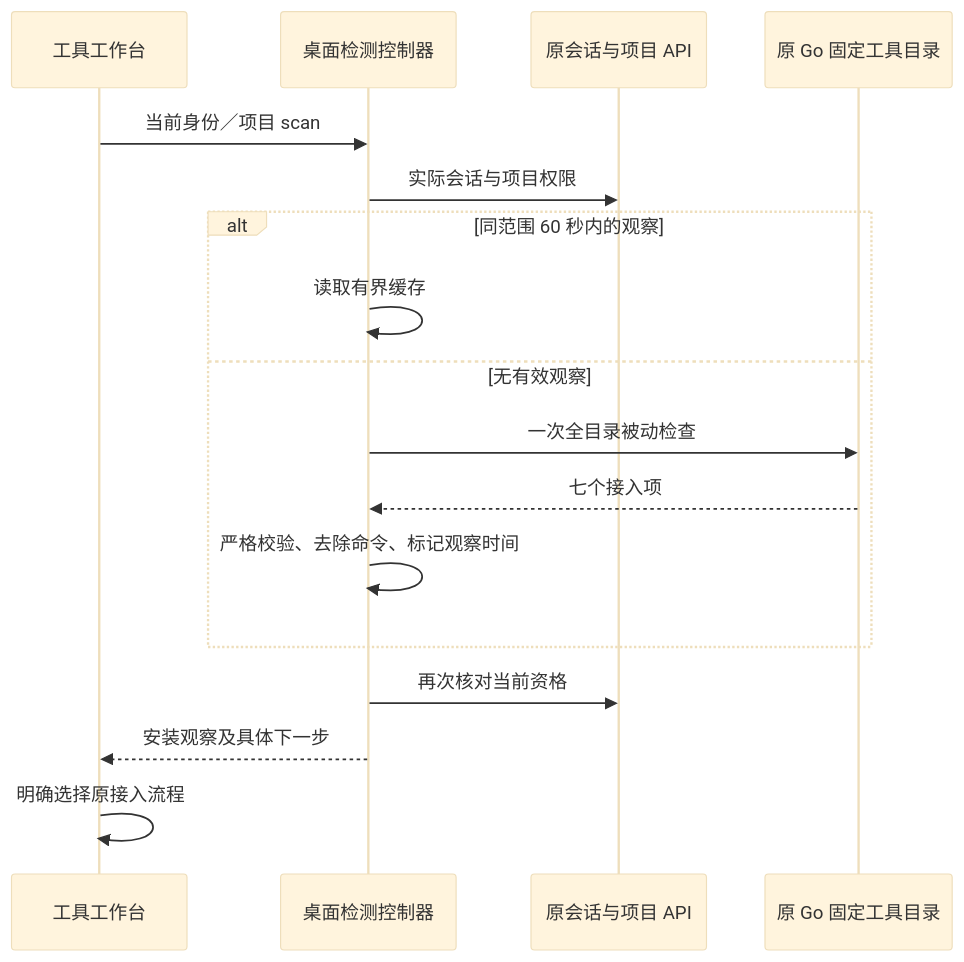
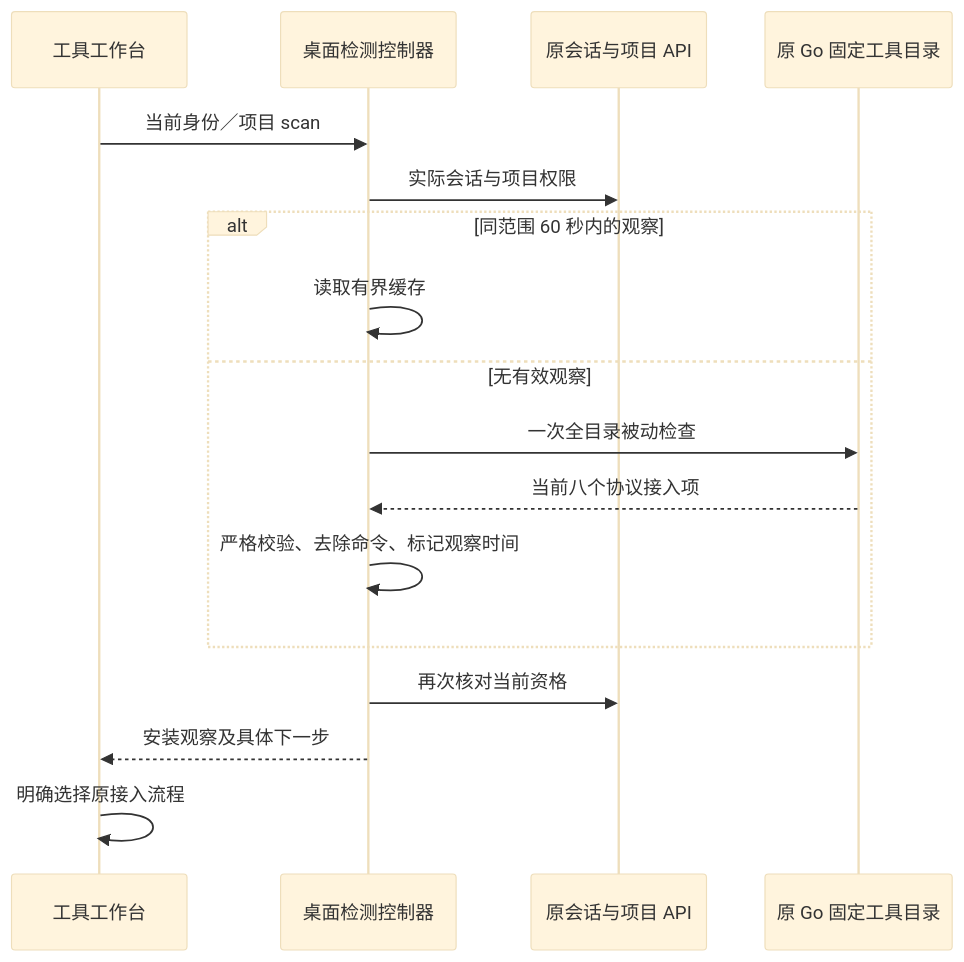
Before and after one commit to ai-mada/suma: the diagram in docs/architecture/tool-onboarding.md, drawn with Mermaid (base theme). The commit also changed 63 other files, not shown here.

````diff
--- a/docs/architecture/tool-onboarding.md
+++ b/docs/architecture/tool-onboarding.md
@@ -9,19 +9,19 @@
 ```mermaid
 sequenceDiagram
   participant U as 工具工作台
   participant E as 桌面检测控制器
   participant A as 原会话与项目 API
   participant G as 原 Go 固定工具目录
   U->>E: 当前身份／项目 scan
   E->>A: 实际会话与项目权限
   alt 同范围 60 秒内的观察
     E->>E: 读取有界缓存
   else 无有效观察
     E->>G: 一次全目录被动检查
-    G-->>E: 七个接入项
+    G-->>E: 当前八个协议接入项
     E->>E: 严格校验、去除命令、标记观察时间
   end
   E->>A: 再次核对当前资格
   E-->>U: 安装观察及具体下一步
   U->>U: 明确选择原接入流程
 ```
````
